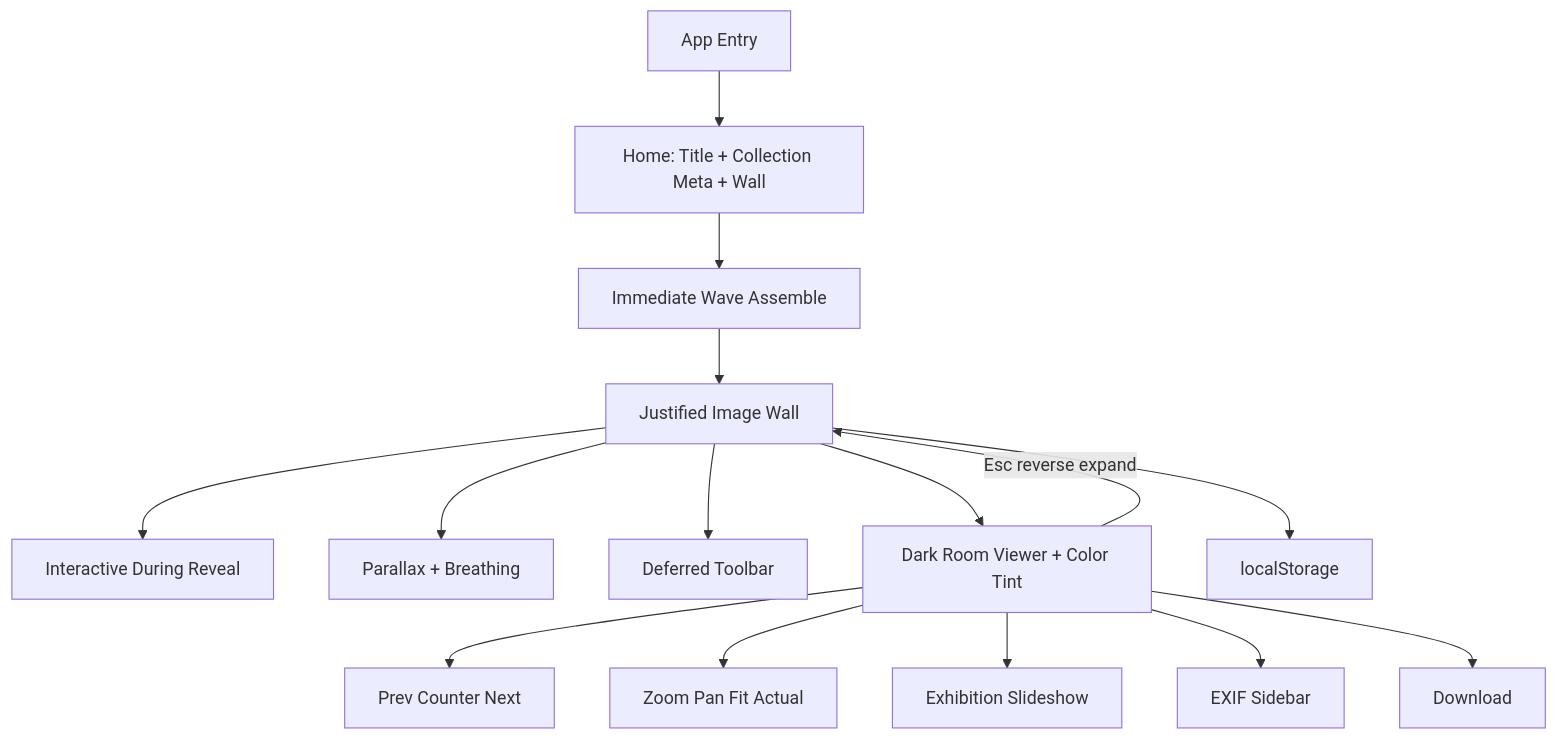
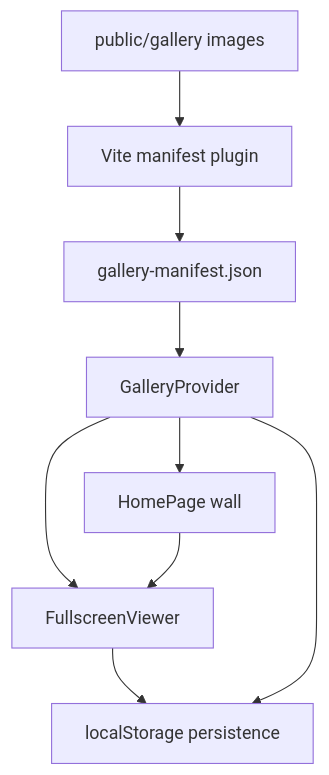
The first of 2 diagrams in docs/ARCHITECTURE.md (raj-kaurav/slideshow-tool), drawn with Mermaid before and after one commit. The commit also changed other lines of this file and 8 other files, not shown here.

````diff
--- a/docs/ARCHITECTURE.md
+++ b/docs/ARCHITECTURE.md
@@ -39,17 +34,11 @@
 ```mermaid
 flowchart TD
-  Entry[App Entry] --> Home[Home: Title + Collection Meta + Wall]
-  Home --> Reveal[Immediate Wave Assemble]
-  Reveal --> Wall[Justified Image Wall]
-  Wall --> Interactive[Interactive During Reveal]
-  Wall --> Ambient[Parallax + Breathing]
-  Wall --> Toolbar[Deferred Toolbar]
-  Wall --> Viewer[Dark Room Viewer + Color Tint]
-  Viewer --> Nav[Prev Counter Next]
-  Viewer --> Zoom[Zoom Pan Fit Actual]
-  Viewer --> Slide[Exhibition Slideshow]
-  Viewer --> Meta[EXIF Sidebar]
-  Viewer --> DL[Download]
-  Viewer -->|Esc reverse expand| Wall
-  Wall --> Persist[localStorage]
+  Files[public/gallery images] --> Plugin[Vite manifest plugin]
+  Plugin --> Manifest[gallery-manifest.json]
+  Manifest --> GalleryCtx[GalleryProvider]
+  GalleryCtx --> Home[HomePage wall]
+  GalleryCtx --> Viewer[FullscreenViewer]
+  Home --> Viewer
+  Viewer --> Storage[localStorage persistence]
+  GalleryCtx --> Storage
 ```
````
